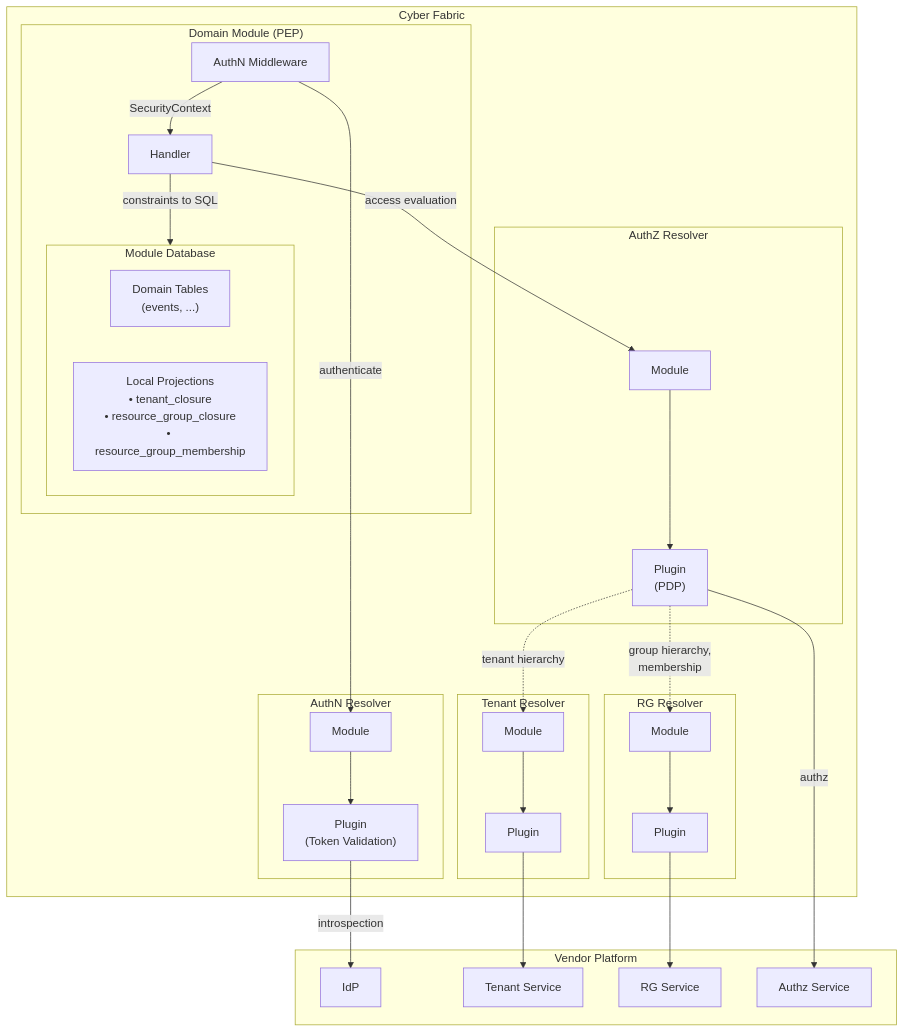
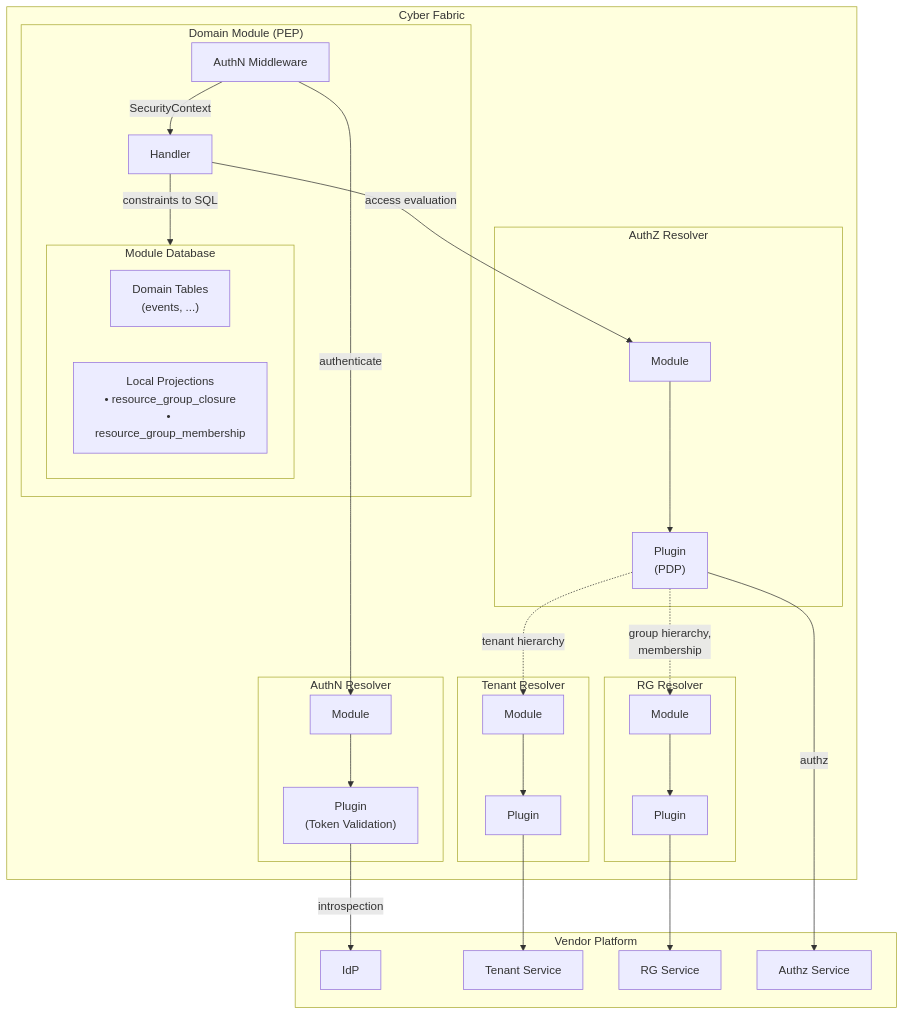
Before and after one commit to ffedoroff/cyberfabric-core: the second of 4 diagrams in docs/arch/authorization/DESIGN.md, drawn with Mermaid. The commit also changed other lines of this file and 30 other files, not shown here.

````diff
--- a/docs/arch/authorization/DESIGN.md
+++ b/docs/arch/authorization/DESIGN.md
@@ -170,64 +170,64 @@
 ```mermaid
 flowchart TB
     subgraph Vendor["Vendor Platform"]
         IdP["IdP"]
         TenantSvc["Tenant Service"]
         RGSvc["RG Service"]
         AuthzSvc["Authz Service"]
     end
 
     subgraph Cyber Fabric
         subgraph TenantResolver["Tenant Resolver"]
             TenantGW["Module"]
             TenantPlugin["Plugin"]
         end
 
         subgraph RGResolver["RG Resolver"]
             RGGW["Module"]
             RGPlugin["Plugin"]
         end
 
         subgraph AuthNResolver["AuthN Resolver"]
             AuthNGW["Module"]
             AuthNPlugin["Plugin<br/>(Token Validation)"]
         end
 
         subgraph AuthZResolver["AuthZ Resolver"]
             AuthZGW["Module"]
             AuthZPlugin["Plugin<br/>(PDP)"]
         end
 
         subgraph PEP["Domain Module (PEP)"]
             AuthNMiddleware["AuthN Middleware"]
             Handler["Handler"]
             subgraph ModuleDB["Module Database"]
                 DomainTables["Domain Tables<br/>(events, ...)"]
-                LocalProj["Local Projections<br/>• tenant_closure<br/>• resource_group_closure<br/>• resource_group_membership"]
+                LocalProj["Local Projections<br/>• resource_group_closure<br/>• resource_group_membership"]
             end
         end
     end
 
     %% Tenant Resolver flow
     TenantGW --> TenantPlugin
     TenantPlugin --> TenantSvc
 
     %% RG Resolver flow
     RGGW --> RGPlugin
     RGPlugin --> RGSvc
 
     %% AuthN Resolver flow
     AuthNMiddleware -->|authenticate| AuthNGW
     AuthNGW --> AuthNPlugin
     AuthNPlugin -->|introspection| IdP
 
     %% AuthZ Resolver flow
     AuthZGW --> AuthZPlugin
     AuthZPlugin -->|authz| AuthzSvc
     AuthZPlugin -.->|tenant hierarchy| TenantGW
     AuthZPlugin -.->|group hierarchy,<br/>membership| RGGW
 
     %% PEP flow
     AuthNMiddleware -->|SecurityContext| Handler
     Handler -->|access evaluation| AuthZGW
     Handler -->|constraints to SQL| ModuleDB
 ```
````
